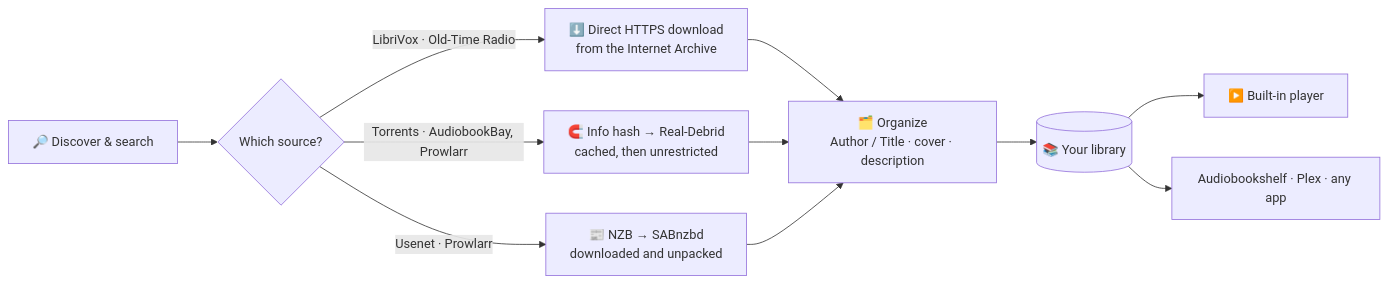
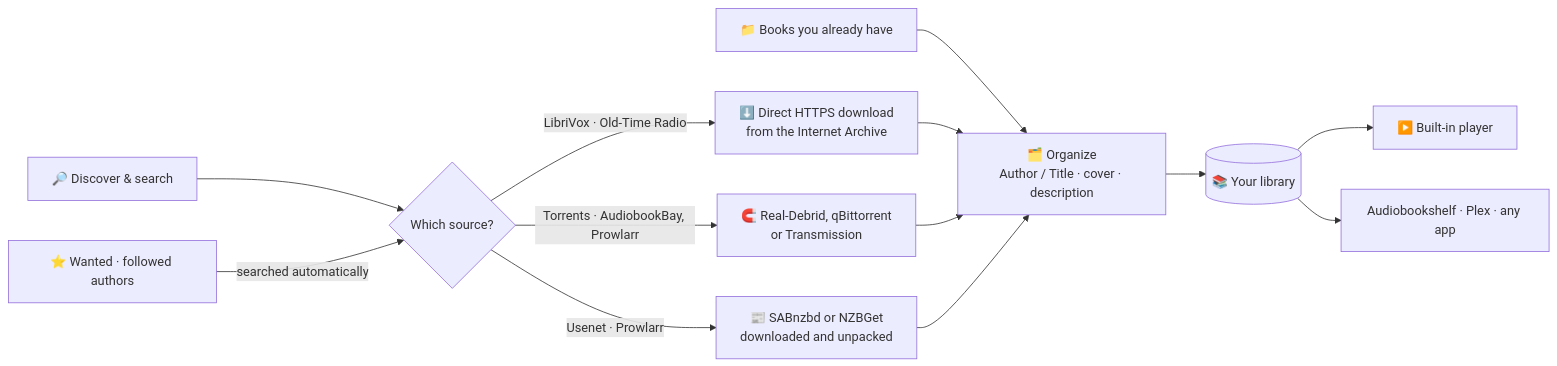
Before and after one commit to curator8888/narratarr: the diagram in README.md, drawn with Mermaid. The commit also changed other lines of this file and 24 other files, not shown here.

````diff
--- a/README.md
+++ b/README.md
@@ -206,13 +209,15 @@
 ```mermaid
 flowchart LR
     A["🔎 Discover & search"] --> B{"Which source?"}
     B -- "LibriVox · Old-Time Radio" --> C["⬇️ Direct HTTPS download<br/>from the Internet Archive"]
-    B -- "Torrents · AudiobookBay, Prowlarr" --> D["🧲 Info hash → Real-Debrid<br/>cached, then unrestricted"]
-    B -- "Usenet · Prowlarr" --> U["📰 NZB → SABnzbd<br/>downloaded and unpacked"]
+    B -- "Torrents · AudiobookBay, Prowlarr" --> D["🧲 Real-Debrid, qBittorrent<br/>or Transmission"]
+    B -- "Usenet · Prowlarr" --> U["📰 SABnzbd or NZBGet<br/>downloaded and unpacked"]
+    W["⭐ Wanted · followed authors"] -- "searched automatically" --> B
+    I["📁 Books you already have"] --> E
     C --> E["🗂️ Organize<br/>Author / Title · cover · description"]
     D --> E
     U --> E
     E --> F[("📚 Your library")]
     F --> G["▶️ Built-in player"]
     F --> H["Audiobookshelf · Plex · any app"]
 ```
````
